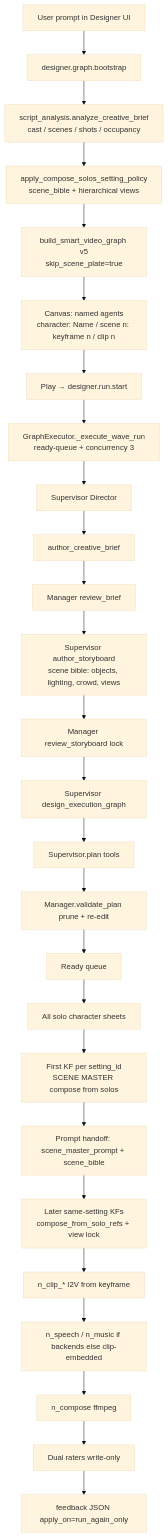
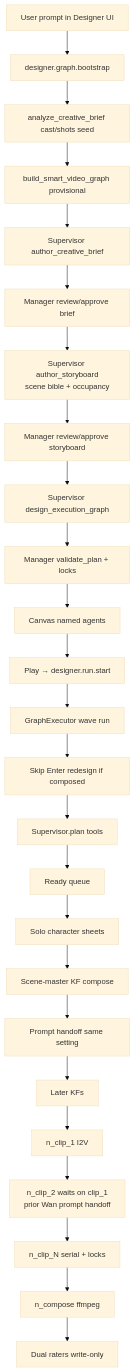
Before and after one commit to openJiuwen-ai/agent-gateway: the diagram in DETAIL.md, drawn with Mermaid (base theme). The commit also changed other lines of this file and 10 other files, not shown here.

First line of the commit message:
Harden Designer Enter approvals, occupancy locks, and serial clip continuity.

````diff
--- a/DETAIL.md
+++ b/DETAIL.md
@@ -16,28 +16,27 @@
 ```mermaid
 flowchart TD
   U["User prompt in Designer UI"] --> BOOT["designer.graph.bootstrap"]
-  BOOT --> SA["script_analysis.analyze_creative_brief<br/>cast / scenes / shots / occupancy"]
-  SA --> POL["apply_compose_solos_setting_policy<br/>scene_bible + hierarchical views"]
-  POL --> G0["build_smart_video_graph v5<br/>skip_scene_plate=true"]
-  G0 --> UI["Canvas: named agents<br/>character: Name / scene n: keyframe n / clip n"]
+  BOOT --> SA["analyze_creative_brief cast/shots seed"]
+  SA --> G0["build_smart_video_graph provisional"]
+  G0 --> BR["Supervisor author_creative_brief"]
+  BR --> M1["Manager review/approve brief"]
+  M1 --> SB["Supervisor author_storyboard<br/>scene bible + occupancy"]
+  SB --> M2["Manager review/approve storyboard"]
+  M2 --> DG["Supervisor design_execution_graph"]
+  DG --> MV["Manager validate_plan + locks"]
+  MV --> UI["Canvas named agents"]
   UI --> PLAY["Play → designer.run.start"]
-  PLAY --> SCH["GraphExecutor._execute_wave_run<br/>ready-queue + concurrency 3"]
-  SCH --> DIR["Supervisor Director"]
-  DIR --> BR["author_creative_brief"]
-  BR --> M1["Manager review_brief"]
-  M1 --> SB["Supervisor author_storyboard<br/>scene bible: objects, lighting, crowd, views"]
-  SB --> M2["Manager review_storyboard lock"]
-  M2 --> DG["Supervisor design_execution_graph"]
-  DG --> PL["Supervisor.plan tools"]
-  PL --> MV["Manager.validate_plan prune + re-edit"]
-  MV --> Q["Ready queue"]
-  Q --> SOLO["All solo character sheets"]
-  SOLO --> KF1["First KF per setting_id<br/>SCENE MASTER compose from solos"]
-  KF1 --> HO["Prompt handoff: scene_master_prompt + scene_bible"]
-  HO --> KF2["Later same-setting KFs<br/>compose_from_solo_refs + view lock"]
-  KF2 --> CLIP["n_clip_* I2V from keyframe"]
-  CLIP --> AUD["n_speech / n_music if backends else clip-embedded"]
-  AUD --> FILM["n_compose ffmpeg"]
+  PLAY --> SCH["GraphExecutor wave run"]
+  SCH --> SKIP["Skip Enter redesign if composed"]
+  SKIP --> PL["Supervisor.plan tools"]
+  PL --> Q["Ready queue"]
+  Q --> SOLO["Solo character sheets"]
+  SOLO --> KF1["Scene-master KF compose"]
+  KF1 --> HO["Prompt handoff same setting"]
+  HO --> KF2["Later KFs"]
+  KF2 --> C1["n_clip_1 I2V"]
+  C1 --> C2["n_clip_2 waits on clip_1<br/>prior Wan prompt handoff"]
+  C2 --> C3["n_clip_N serial + locks"]
+  C3 --> FILM["n_compose ffmpeg"]
   FILM --> RATE["Dual raters write-only"]
-  RATE --> FB["feedback JSON apply_on=run_again_only"]
 ```
````
